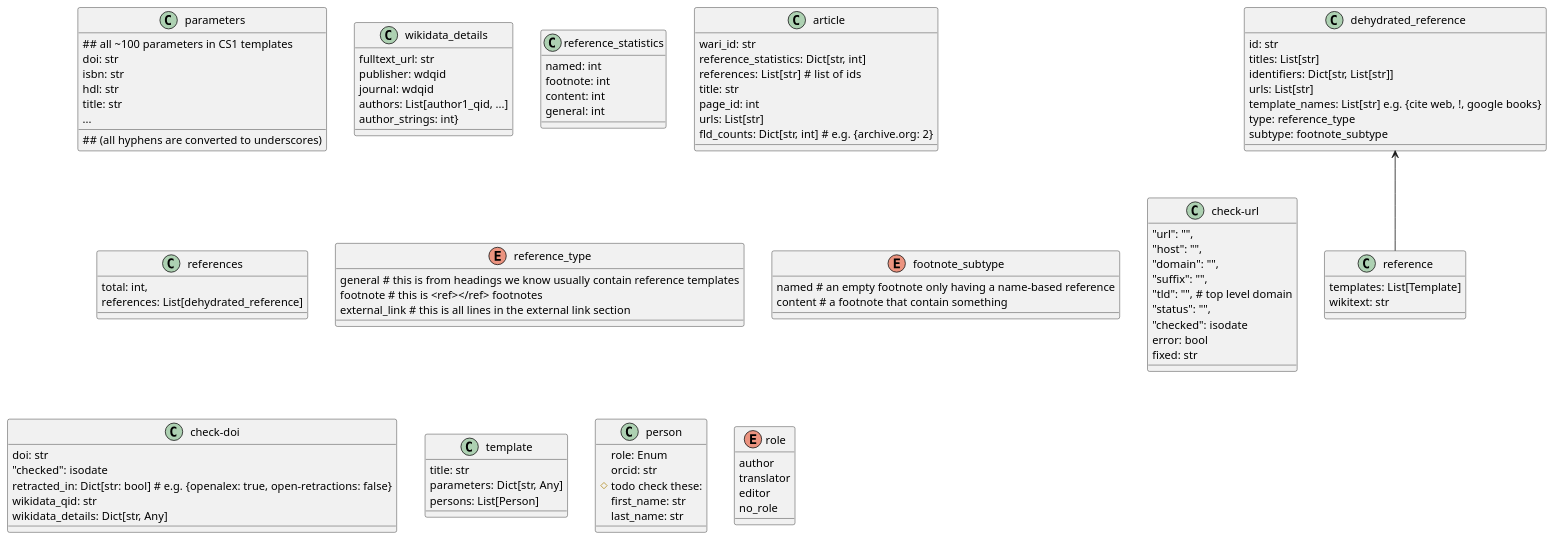
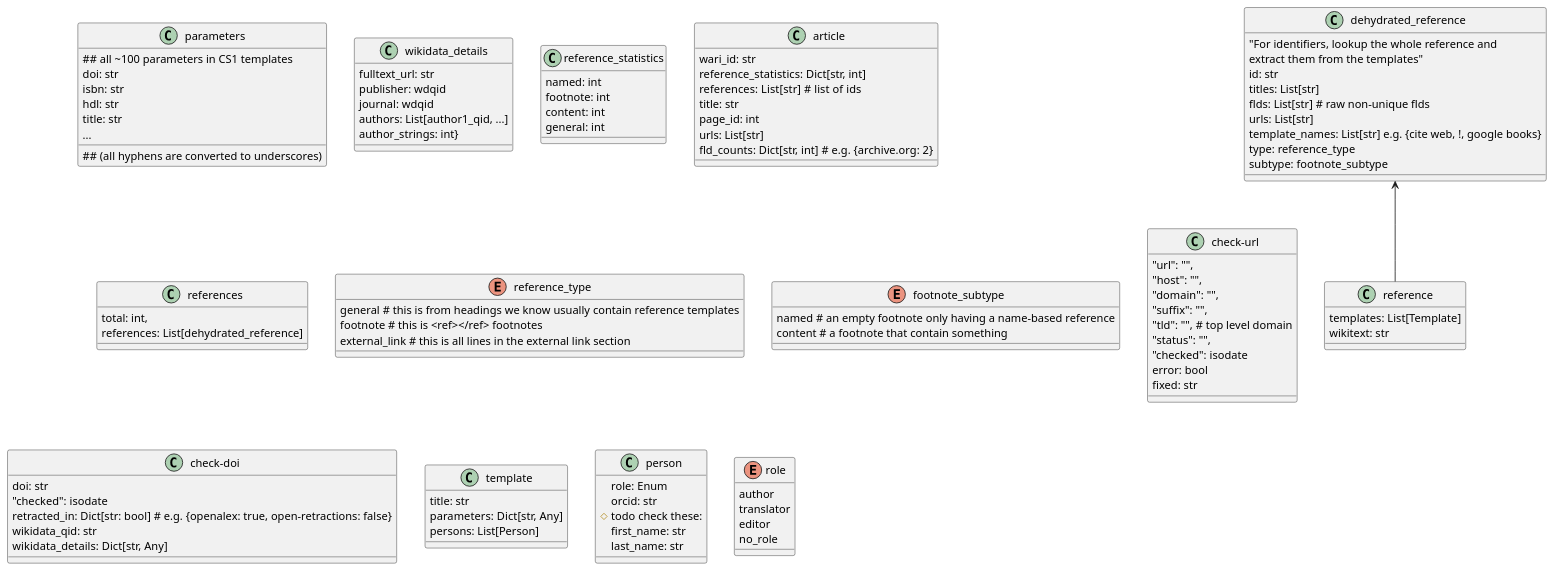
Before and after one commit to internetarchive/iari: the diagram in diagrams/wari/classes.puml, drawn with PlantUML. The commit also changed 15 other files, not shown here.

```diff
--- a/diagrams/wari/classes.puml
+++ b/diagrams/wari/classes.puml
@@ -1,101 +1,103 @@
 @startuml
 'https://plantuml.com/class-diagram
 
 'class references_count{
 'total: int
 '}
 class parameters{
 ## all ~100 parameters in CS1 templates
 ## (all hyphens are converted to underscores)
 doi: str
 isbn: str
 hdl: str
 title: str
 ...
 }
 class wikidata_details{
 fulltext_url: str
 publisher: wdqid
 journal: wdqid
 authors: List[author1_qid, ...]
 author_strings: int}
 }
 class reference_statistics{
 named: int
 footnote: int
 content: int
 general: int
 }
 class article{
 wari_id: str
 reference_statistics: Dict[str, int]
 references: List[str] #  list of ids
 title: str
 page_id: int
 urls: List[str]
 fld_counts: Dict[str, int] # e.g. {archive.org: 2}
 }
 class references{
 total: int,
 references: List[dehydrated_reference]
 }
 class reference{
 templates: List[Template]
 wikitext: str
 }
 enum reference_type{
 general # this is from headings we know usually contain reference templates
 footnote # this is <ref></ref> footnotes
 external_link # this is all lines in the external link section
 }
 enum footnote_subtype{
 named # an empty footnote only having a name-based reference
 content # a footnote that contain something
 }
 class dehydrated_reference {
+"For identifiers, lookup the whole reference and
+extract them from the templates"
 id: str
 titles: List[str]
-identifiers: Dict[str, List[str]]
+flds: List[str] # raw non-unique flds
 urls: List[str]
 template_names: List[str] e.g. {cite web, !, google books}
 type: reference_type
 subtype: footnote_subtype
 }
 dehydrated_reference <-- reference
 class check-url{
 "url": "",
 "host": "",
 "domain": "",
 "suffix": "",
 "tld": "", # top level domain
 "status": "",
 "checked": isodate
 error: bool
 fixed: str
 }
 class check-doi{
 doi: str
 "checked": isodate
 retracted_in: Dict[str: bool] # e.g. {openalex: true, open-retractions: false}
 wikidata_qid: str
 wikidata_details: Dict[str, Any]
 }
 class template{
 title: str
 parameters: Dict[str, Any]
 persons: List[Person]
 }
 class person{
 role: Enum
 orcid: str
 # todo check these:
 first_name: str
 last_name: str
 }
 enum role{
 author
 translator
 editor
 no_role
 }
 @enduml
```
